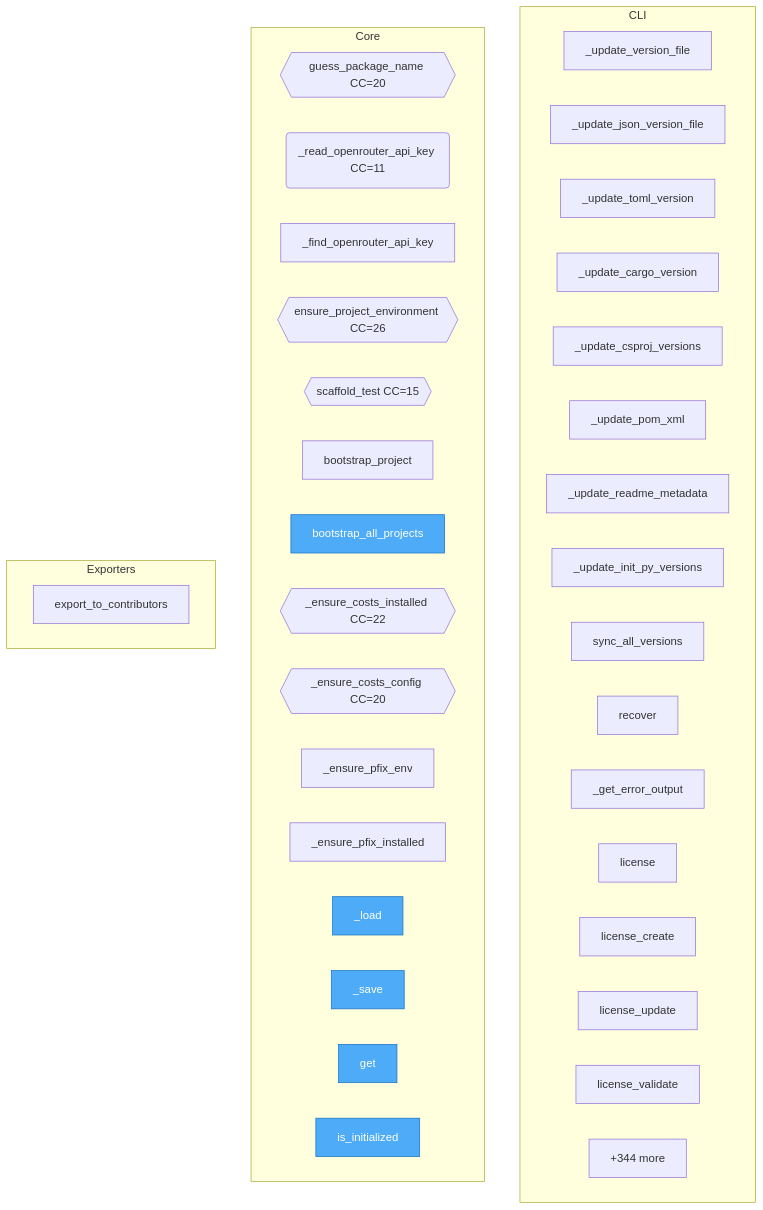
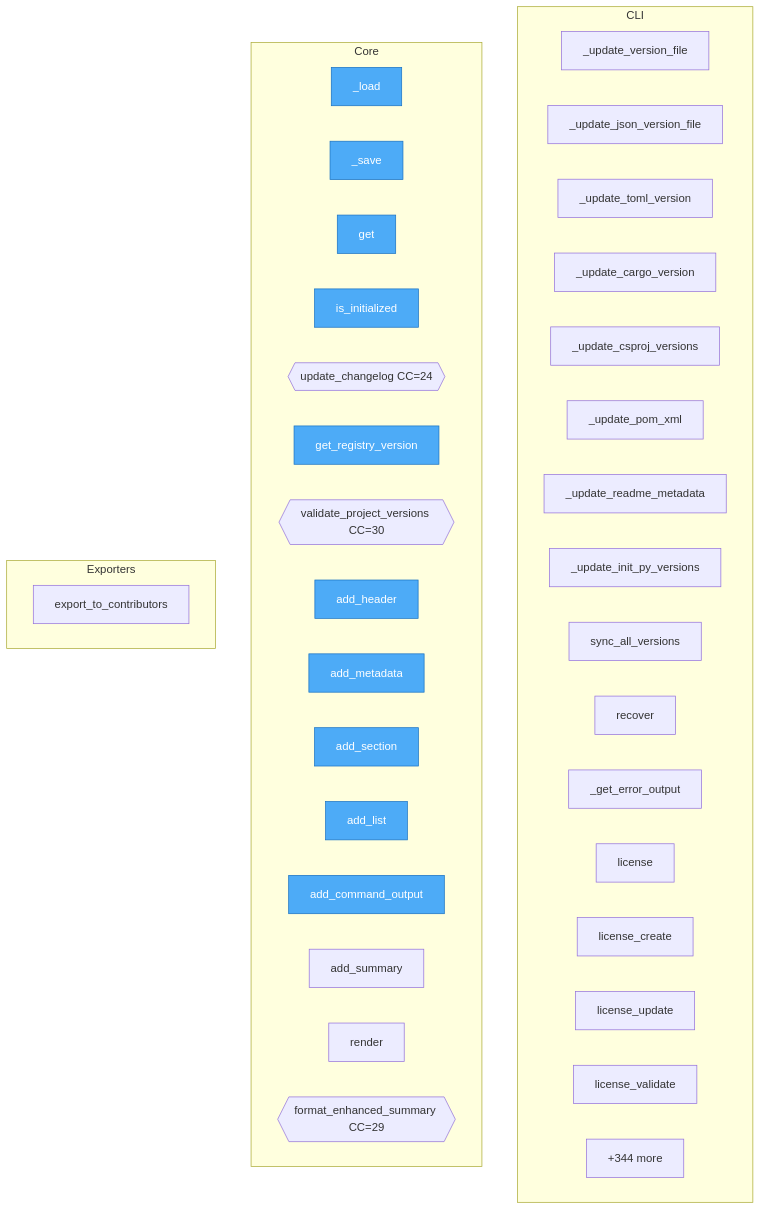
The diagram in project/flow.mmd (wronai/goal), drawn with Mermaid before and after one commit. The commit also changed 28 other files, not shown here.

```diff
--- a/project/flow.mmd
+++ b/project/flow.mmd
@@ -1,48 +1,48 @@
 flowchart TD
 
     %% Entry points (blue)
     classDef entry fill:#4dabf7,stroke:#1971c2,color:#fff
 
     subgraph CLI
         goal__cli__version_sync___update_version_file["_update_version_file"]
         goal__cli__version_sync___update_json_version_file["_update_json_version_file"]
         goal__cli__version_sync___update_toml_version["_update_toml_version"]
         goal__cli__version_sync___update_cargo_version["_update_cargo_version"]
         goal__cli__version_sync___update_csproj_versions["_update_csproj_versions"]
         goal__cli__version_sync___update_pom_xml["_update_pom_xml"]
         goal__cli__version_sync___update_readme_metadata["_update_readme_metadata"]
         goal__cli__version_sync___update_init_py_versions["_update_init_py_versions"]
         goal__cli__version_sync__sync_all_versions["sync_all_versions"]
         goal__cli__recover_cmd__recover["recover"]
         goal__cli__recover_cmd___get_error_output["_get_error_output"]
         goal__cli__license_cmd__license["license"]
         goal__cli__license_cmd__license_create["license_create"]
         goal__cli__license_cmd__license_update["license_update"]
         goal__cli__license_cmd__license_validate["license_validate"]
-        ...["+80 more"]
+        ...["+81 more"]
     end
 
     subgraph Core
-        goal__project_bootstrap__guess_package_name{{guess_package_name CC=20}}
-        goal__project_bootstrap___read_openrouter_api_key("_read_openrouter_api_key CC=11")
-        goal__project_bootstrap___find_openrouter_api_key["_find_openrouter_api_key"]
-        goal__project_bootstrap__ensure_project_environment{{ensure_project_environment CC=26}}
-        goal__project_bootstrap__scaffold_test{{scaffold_test CC=15}}
-        goal__project_bootstrap__bootstrap_project["bootstrap_project"]
-        goal__project_bootstrap__bootstrap_all_projects["bootstrap_all_projects"]
-        goal__project_bootstrap___ensure_costs_installed{{_ensure_costs_installed CC=22}}
-        goal__project_bootstrap___ensure_costs_config{{_ensure_costs_config CC=20}}
-        goal__project_bootstrap___ensure_pfix_env["_ensure_pfix_env"]
-        goal__project_bootstrap___ensure_pfix_installed["_ensure_pfix_installed"]
         goal__user_config__UserConfig___load["_load"]
         goal__user_config__UserConfig___save["_save"]
         goal__user_config__UserConfig__get["get"]
         goal__user_config__UserConfig__is_initialized["is_initialized"]
+        goal__changelog__update_changelog{{update_changelog CC=24}}
+        goal__version_validation__get_registry_version["get_registry_version"]
+        goal__version_validation__validate_project_versions{{validate_project_versions CC=30}}
+        goal__formatter__MarkdownFormatter__add_header["add_header"]
+        goal__formatter__MarkdownFormatter__add_metadata["add_metadata"]
+        goal__formatter__MarkdownFormatter__add_section["add_section"]
+        goal__formatter__MarkdownFormatter__add_list["add_list"]
+        goal__formatter__MarkdownFormatter__add_command_output["add_command_output"]
+        goal__formatter__MarkdownFormatter__add_summary["add_summary"]
+        goal__formatter__MarkdownFormatter__render["render"]
+        goal__formatter__format_enhanced_summary{{format_enhanced_summary CC=29}}
         ...["+344 more"]
     end
 
     subgraph Exporters
         goal__authors__manager__AuthorsManager__export_to_contributors["export_to_contributors"]
     end
 
-    class goal__project_bootstrap__bootstrap_all_projects,goal__user_config__UserConfig___load,goal__user_config__UserConfig___save,goal__user_config__UserConfig__get,goal__user_config__UserConfig__is_initialized,goal__version_validation__get_registry_version,goal__formatter__MarkdownFormatter__add_header,goal__formatter__MarkdownFormatter__add_metadata,goal__formatter__MarkdownFormatter__add_section,goal__formatter__MarkdownFormatter__add_list entry
+    class goal__user_config__UserConfig___load,goal__user_config__UserConfig___save,goal__user_config__UserConfig__get,goal__user_config__UserConfig__is_initialized,goal__version_validation__get_registry_version,goal__formatter__MarkdownFormatter__add_header,goal__formatter__MarkdownFormatter__add_metadata,goal__formatter__MarkdownFormatter__add_section,goal__formatter__MarkdownFormatter__add_list,goal__formatter__MarkdownFormatter__add_command_output entry
```
